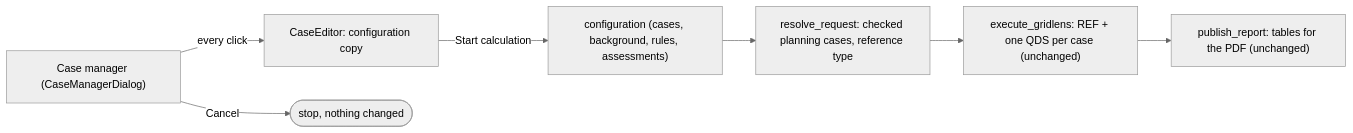
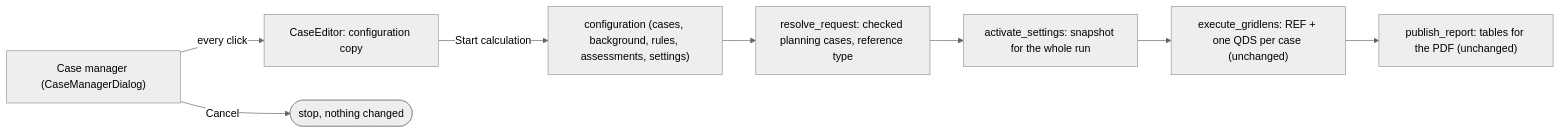
One commit to hadiibrahim-Engin/GridLensAssessment changed the diagram in docs/CASE_MANAGER.md. Above: the diagram before and after it, drawn with Mermaid (neutral theme). The commit also changed other lines of this file and 17 other files, not shown here.

````diff
--- a/docs/CASE_MANAGER.md
+++ b/docs/CASE_MANAGER.md
@@ -213,9 +275,10 @@
 ```mermaid
 flowchart LR
     W["Case manager (CaseManagerDialog)"] -- "every click" --> E["CaseEditor: configuration copy"]
-    E -- "Start calculation" --> C["configuration (cases, background, rules, assessments)"]
+    E -- "Start calculation" --> C["configuration (cases, background, rules, assessments, settings)"]
     C --> R["resolve_request: checked planning cases, reference type"]
-    R --> G["execute_gridlens: REF + one QDS per case (unchanged)"]
+    R --> S["activate_settings: snapshot for the whole run"]
+    S --> G["execute_gridlens: REF + one QDS per case (unchanged)"]
     G --> P["publish_report: tables for the PDF (unchanged)"]
     W -- "Cancel" --> X(["stop, nothing changed"])
 ```
````
